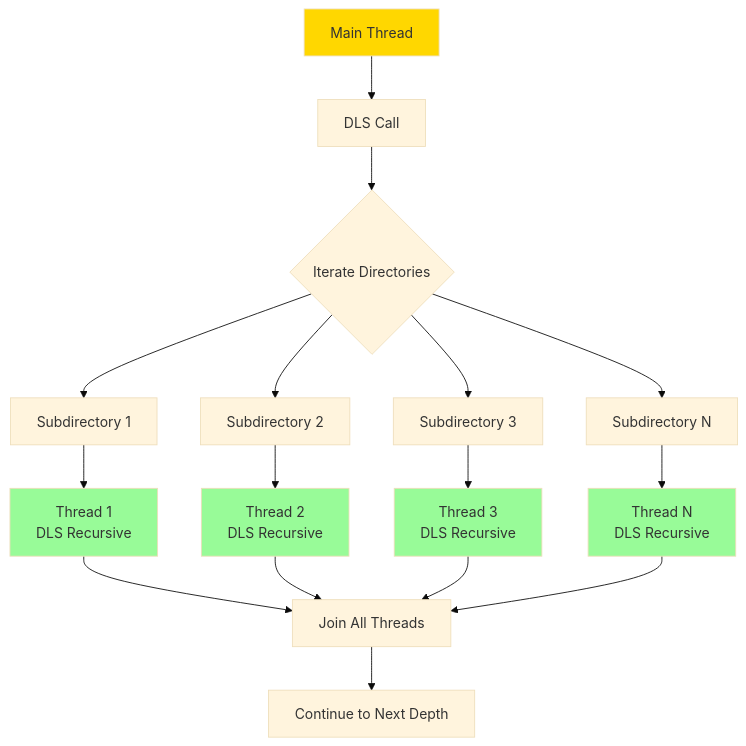
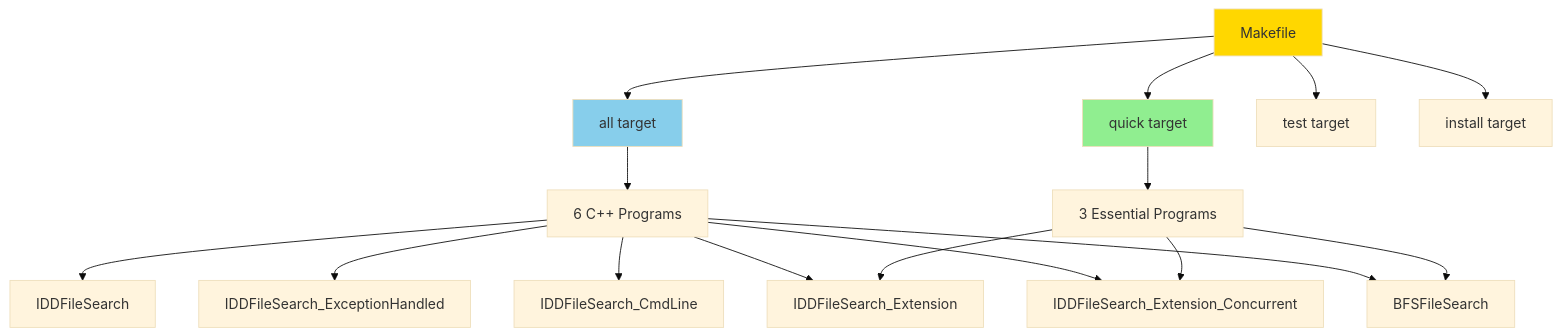
One commit to danindiana/enterprise-document-treesearch changed the second of 4 diagrams in README.md. Above: the diagram before and after it, drawn with Mermaid (base theme). The commit also changed other lines of this file and 1 other file, not shown here.

````diff
--- a/README.md
+++ b/README.md
@@ -106,27 +138,25 @@
 ```mermaid
 graph TD
-    A[Main Thread] --> B[DLS Call]
-    B --> C{Iterate Directories}
-    C --> D1[Subdirectory 1]
-    C --> D2[Subdirectory 2]
-    C --> D3[Subdirectory 3]
-    C --> DN[Subdirectory N]
+    A[Makefile] --> B[all target]
+    A --> C[quick target]
+    A --> D[test target]
+    A --> E[install target]
 
-    D1 --> T1[Thread 1<br/>DLS Recursive]
-    D2 --> T2[Thread 2<br/>DLS Recursive]
-    D3 --> T3[Thread 3<br/>DLS Recursive]
-    DN --> TN[Thread N<br/>DLS Recursive]
+    B --> F[6 C++ Programs]
+    C --> G[3 Essential Programs]
 
-    T1 --> J[Join All Threads]
-    T2 --> J
-    T3 --> J
-    TN --> J
+    F --> F1[IDDFileSearch]
+    F --> F2[IDDFileSearch_ExceptionHandled]
+    F --> F3[IDDFileSearch_CmdLine]
+    F --> F4[IDDFileSearch_Extension]
+    F --> F5[IDDFileSearch_Extension_Concurrent]
+    F --> F6[BFSFileSearch]
 
-    J --> E[Continue to Next Depth]
+    G --> F4
+    G --> F5
+    G --> F6
 
     style A fill:#FFD700
-    style T1 fill:#98FB98
-    style T2 fill:#98FB98
-    style T3 fill:#98FB98
-    style TN fill:#98FB98
+    style B fill:#87CEEB
+    style C fill:#90EE90
 ```
````
